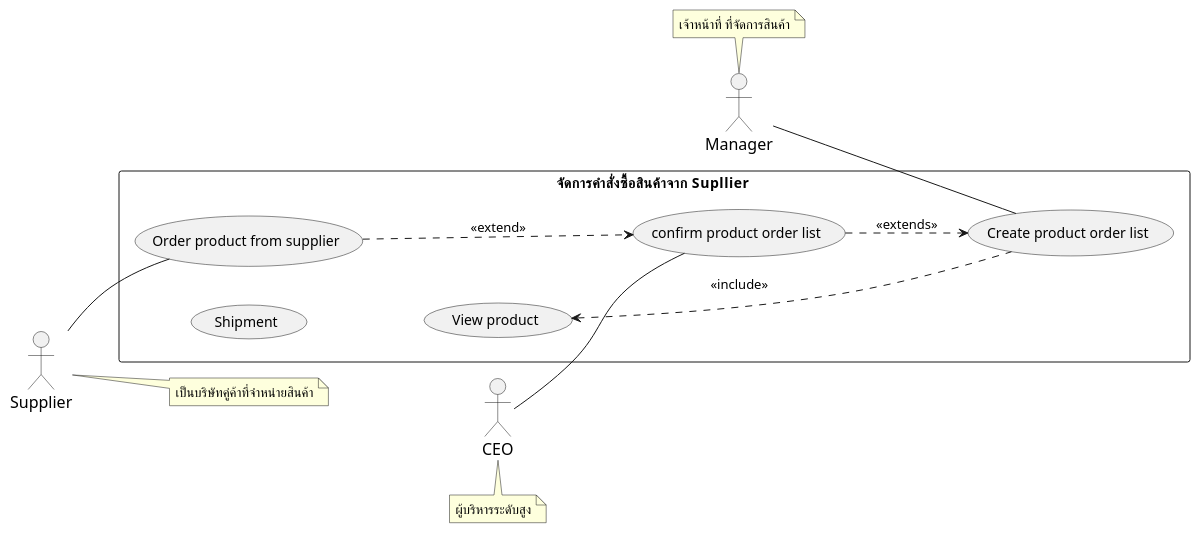
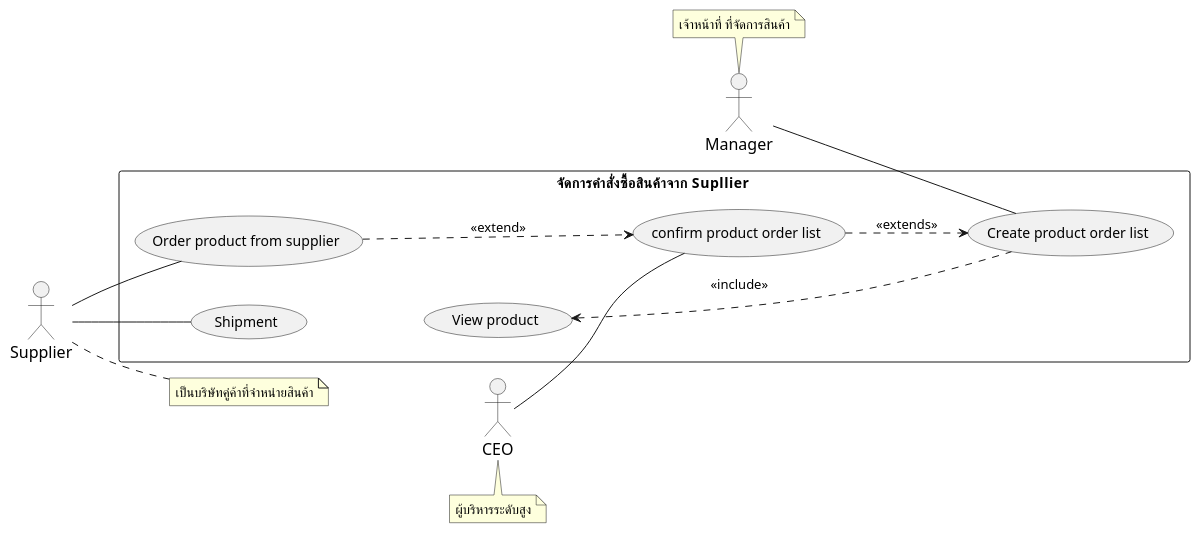
Before and after one commit to billowdev/inventory-system-plantuml-sequelize-seeder-example: the diagram in system-analysis/usecase/_9_usecase-create-product-order-list.puml, drawn with PlantUML. The commit also changed 3 other files, not shown here.

```diff
--- a/system-analysis/usecase/_9_usecase-create-product-order-list.puml
+++ b/system-analysis/usecase/_9_usecase-create-product-order-list.puml
@@ -1,79 +1,80 @@
 @startuml
 'https://plantuml.com/usecase-diagram
 left to right direction
 
 skinparam sequence {
     ParticipantFontName Thai
     ParticipantFontSize 16
     ActorFontSize 16
     ActorFontName Thai
 }
 'skinparam linetype polyline
 ' skinparam linetype ortho
 
 skinparam Participant{
     FontColor #efefef
     BorderColor #c0c0c0
 }
 skinparam Sequence{
     ParticipantBorderThickness .5
     LifeLineBorderColor #8a8a8a
 }
 
 ' =================== Manager ===================
 ' role - เจ้าหน้าที่ ที่จัดการสินค้า ให้คงคลังสินค้าอยู่เสมอ
 ' duty - บริหารจัดการ stock สินค้า ทั้งการจำหน่ายออก และการรับสินค้ารวมถึงการ
 ' ออกใบสั่งของ การเช็คสินค้าและการทำรายงานต่างๆ
 actor Manager as actorManager
 note top of actorManager : เจ้าหน้าที่ ที่จัดการสินค้า
 ' =================== Supplier ===================
 ' role - เป็นบริษัทคู่ค้าที่จำหน่ายสินค้าหรือวัตถุดิบให้กับบริษัท
 ' duty - ขายและจัดส่งสินค้าตามใบสั่งของ
 actor Supplier as actorSupplier
 note right of actorSupplier : เป็นบริษัทคู่ค้าที่จำหน่ายสินค้า
 
 actor CEO as actorCEO
 note bottom of actorCEO : ผู้บริหารระดับสูง
 
 
 ' =================== Stock System ===================
 rectangle "จัดการคำสั่งซื้อสินค้าจาก Supllier " as manageOrderList {
 
 
     ' ================ Ordering ================
     '    การสั่งซื้อสินค้า
 
     usecase (Order product from supplier) as (usecaseOrderProductFromSupplier)
     usecase (Create product order list) as (usecaseCreateProductOrderList)
     usecase (confirm product order list) as (usecaseConfirmOrderList)
 
     actorManager -- (usecaseCreateProductOrderList)
 
     ' ================ Product ================
 
     usecase (View product) as (usecaseViewProduct)
 
     ' ================ Shipment ================
     usecase (Shipment) as (usecaseShipment)
 
     '===========================================================
     ' ===                  Associate Flow                    ===
     '===========================================================
 
     ' ================ Reporting ================
     '   การทำรายงาน
 
     (usecaseViewProduct) <... (usecaseCreateProductOrderList) : <<include>>
     (usecaseConfirmOrderList) ..> (usecaseCreateProductOrderList) : <<extends>>
     (usecaseOrderProductFromSupplier) ...> (usecaseConfirmOrderList)  : <<extend>>
 
 
     actorSupplier -- (usecaseOrderProductFromSupplier)
+    actorSupplier -- (usecaseShipment)
     actorCEO -- (usecaseConfirmOrderList)
 
 
 
 
 }
 
 @enduml
```
